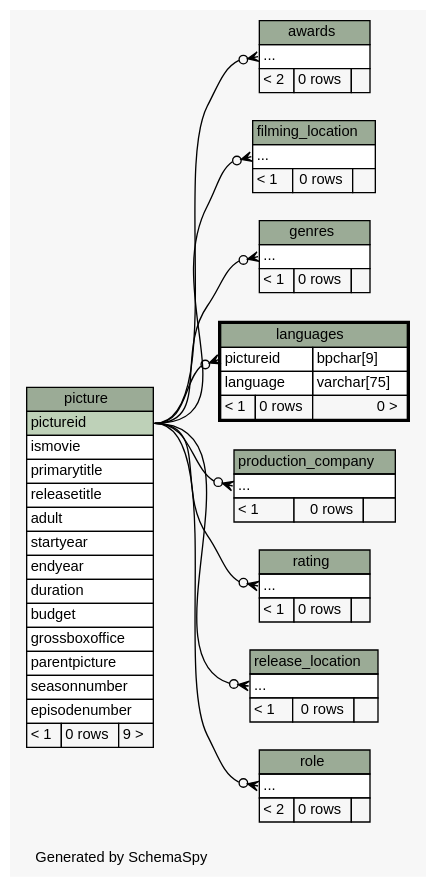
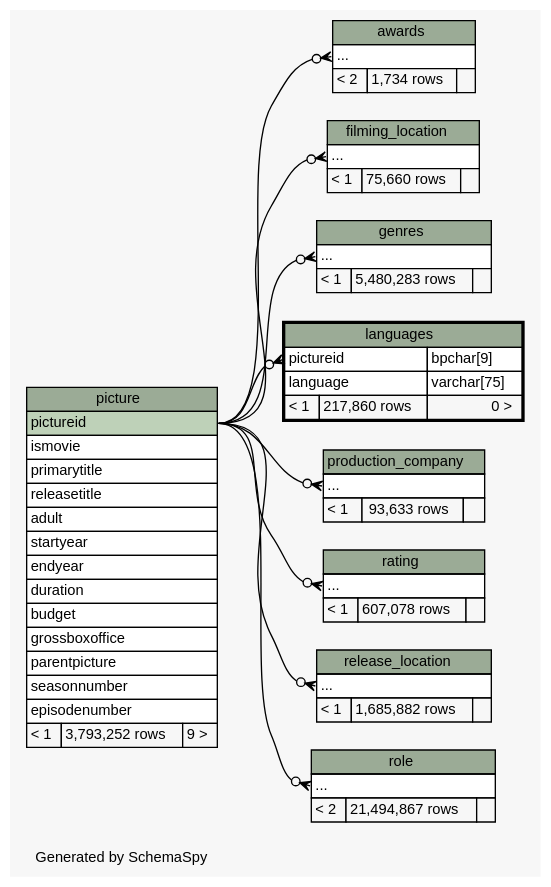
Before and after one commit to sipian/CS3563-DBMS: the diagram in populating-tables/schemaspy/diagrams/languages.2degrees.dot, drawn with Graphviz. The commit also changed 65 other files, not shown here.

```diff
--- a/populating-tables/schemaspy/diagrams/languages.2degrees.dot
+++ b/populating-tables/schemaspy/diagrams/languages.2degrees.dot
@@ -1,133 +1,133 @@
 // dot 2.38.0 on Linux 4.13.0-32-generic
 // SchemaSpy rev 590
 digraph "twoDegreesRelationshipsDiagram" {
   graph [
     rankdir="RL"
     bgcolor="#f7f7f7"
     label="\nGenerated by SchemaSpy"
     labeljust="l"
     nodesep="0.18"
     ranksep="0.46"
     fontname="Helvetica"
     fontsize="11"
   ];
   node [
     fontname="Helvetica"
     fontsize="11"
     shape="plaintext"
   ];
   edge [
     arrowsize="0.8"
   ];
   "awards":"elipses":w -> "picture":"pictureid":e [arrowhead=none dir=back arrowtail=crowodot];
   "filming_location":"elipses":w -> "picture":"pictureid":e [arrowhead=none dir=back arrowtail=crowodot];
   "genres":"elipses":w -> "picture":"pictureid":e [arrowhead=none dir=back arrowtail=crowodot];
   "languages":"pictureid":w -> "picture":"pictureid":e [arrowhead=none dir=back arrowtail=crowodot];
   "production_company":"elipses":w -> "picture":"pictureid":e [arrowhead=none dir=back arrowtail=crowodot];
   "rating":"elipses":w -> "picture":"pictureid":e [arrowhead=none dir=back arrowtail=crowodot];
   "release_location":"elipses":w -> "picture":"pictureid":e [arrowhead=none dir=back arrowtail=crowodot];
   "role":"elipses":w -> "picture":"pictureid":e [arrowhead=none dir=back arrowtail=crowodot];
   "awards" [
     label=<
     <TABLE BORDER="0" CELLBORDER="1" CELLSPACING="0" BGCOLOR="#ffffff">
       <TR><TD COLSPAN="3" BGCOLOR="#9bab96" ALIGN="CENTER">awards</TD></TR>
       <TR><TD PORT="elipses" COLSPAN="3" ALIGN="LEFT">...</TD></TR>
-      <TR><TD ALIGN="LEFT" BGCOLOR="#f7f7f7">&lt; 2</TD><TD ALIGN="RIGHT" BGCOLOR="#f7f7f7">0 rows</TD><TD ALIGN="RIGHT" BGCOLOR="#f7f7f7">  </TD></TR>
+      <TR><TD ALIGN="LEFT" BGCOLOR="#f7f7f7">&lt; 2</TD><TD ALIGN="RIGHT" BGCOLOR="#f7f7f7">1,734 rows</TD><TD ALIGN="RIGHT" BGCOLOR="#f7f7f7">  </TD></TR>
     </TABLE>>
     URL="awards.html"
     tooltip="awards"
   ];
   "filming_location" [
     label=<
     <TABLE BORDER="0" CELLBORDER="1" CELLSPACING="0" BGCOLOR="#ffffff">
       <TR><TD COLSPAN="3" BGCOLOR="#9bab96" ALIGN="CENTER">filming_location</TD></TR>
       <TR><TD PORT="elipses" COLSPAN="3" ALIGN="LEFT">...</TD></TR>
-      <TR><TD ALIGN="LEFT" BGCOLOR="#f7f7f7">&lt; 1</TD><TD ALIGN="RIGHT" BGCOLOR="#f7f7f7">0 rows</TD><TD ALIGN="RIGHT" BGCOLOR="#f7f7f7">  </TD></TR>
+      <TR><TD ALIGN="LEFT" BGCOLOR="#f7f7f7">&lt; 1</TD><TD ALIGN="RIGHT" BGCOLOR="#f7f7f7">75,660 rows</TD><TD ALIGN="RIGHT" BGCOLOR="#f7f7f7">  </TD></TR>
     </TABLE>>
     URL="filming_location.html"
     tooltip="filming_location"
   ];
   "genres" [
     label=<
     <TABLE BORDER="0" CELLBORDER="1" CELLSPACING="0" BGCOLOR="#ffffff">
       <TR><TD COLSPAN="3" BGCOLOR="#9bab96" ALIGN="CENTER">genres</TD></TR>
       <TR><TD PORT="elipses" COLSPAN="3" ALIGN="LEFT">...</TD></TR>
-      <TR><TD ALIGN="LEFT" BGCOLOR="#f7f7f7">&lt; 1</TD><TD ALIGN="RIGHT" BGCOLOR="#f7f7f7">0 rows</TD><TD ALIGN="RIGHT" BGCOLOR="#f7f7f7">  </TD></TR>
+      <TR><TD ALIGN="LEFT" BGCOLOR="#f7f7f7">&lt; 1</TD><TD ALIGN="RIGHT" BGCOLOR="#f7f7f7">5,480,283 rows</TD><TD ALIGN="RIGHT" BGCOLOR="#f7f7f7">  </TD></TR>
     </TABLE>>
     URL="genres.html"
     tooltip="genres"
   ];
   "languages" [
     label=<
     <TABLE BORDER="2" CELLBORDER="1" CELLSPACING="0" BGCOLOR="#ffffff">
       <TR><TD COLSPAN="3" BGCOLOR="#9bab96" ALIGN="CENTER">languages</TD></TR>
       <TR><TD PORT="pictureid" COLSPAN="2" ALIGN="LEFT">pictureid</TD><TD PORT="pictureid.type" ALIGN="LEFT">bpchar[9]</TD></TR>
       <TR><TD PORT="language" COLSPAN="2" ALIGN="LEFT">language</TD><TD PORT="language.type" ALIGN="LEFT">varchar[75]</TD></TR>
-      <TR><TD ALIGN="LEFT" BGCOLOR="#f7f7f7">&lt; 1</TD><TD ALIGN="RIGHT" BGCOLOR="#f7f7f7">0 rows</TD><TD ALIGN="RIGHT" BGCOLOR="#f7f7f7">0 &gt;</TD></TR>
+      <TR><TD ALIGN="LEFT" BGCOLOR="#f7f7f7">&lt; 1</TD><TD ALIGN="RIGHT" BGCOLOR="#f7f7f7">217,860 rows</TD><TD ALIGN="RIGHT" BGCOLOR="#f7f7f7">0 &gt;</TD></TR>
     </TABLE>>
     URL="languages.html"
     tooltip="languages"
   ];
   "picture" [
     label=<
     <TABLE BORDER="0" CELLBORDER="1" CELLSPACING="0" BGCOLOR="#ffffff">
       <TR><TD COLSPAN="3" BGCOLOR="#9bab96" ALIGN="CENTER">picture</TD></TR>
       <TR><TD PORT="pictureid" COLSPAN="3" BGCOLOR="#bed1b8" ALIGN="LEFT">pictureid</TD></TR>
       <TR><TD PORT="ismovie" COLSPAN="3" ALIGN="LEFT">ismovie</TD></TR>
       <TR><TD PORT="primarytitle" COLSPAN="3" ALIGN="LEFT">primarytitle</TD></TR>
       <TR><TD PORT="releasetitle" COLSPAN="3" ALIGN="LEFT">releasetitle</TD></TR>
       <TR><TD PORT="adult" COLSPAN="3" ALIGN="LEFT">adult</TD></TR>
       <TR><TD PORT="startyear" COLSPAN="3" ALIGN="LEFT">startyear</TD></TR>
       <TR><TD PORT="endyear" COLSPAN="3" ALIGN="LEFT">endyear</TD></TR>
       <TR><TD PORT="duration" COLSPAN="3" ALIGN="LEFT">duration</TD></TR>
       <TR><TD PORT="budget" COLSPAN="3" ALIGN="LEFT">budget</TD></TR>
       <TR><TD PORT="grossboxoffice" COLSPAN="3" ALIGN="LEFT">grossboxoffice</TD></TR>
       <TR><TD PORT="parentpicture" COLSPAN="3" ALIGN="LEFT">parentpicture</TD></TR>
       <TR><TD PORT="seasonnumber" COLSPAN="3" ALIGN="LEFT">seasonnumber</TD></TR>
       <TR><TD PORT="episodenumber" COLSPAN="3" ALIGN="LEFT">episodenumber</TD></TR>
-      <TR><TD ALIGN="LEFT" BGCOLOR="#f7f7f7">&lt; 1</TD><TD ALIGN="RIGHT" BGCOLOR="#f7f7f7">0 rows</TD><TD ALIGN="RIGHT" BGCOLOR="#f7f7f7">9 &gt;</TD></TR>
+      <TR><TD ALIGN="LEFT" BGCOLOR="#f7f7f7">&lt; 1</TD><TD ALIGN="RIGHT" BGCOLOR="#f7f7f7">3,793,252 rows</TD><TD ALIGN="RIGHT" BGCOLOR="#f7f7f7">9 &gt;</TD></TR>
     </TABLE>>
     URL="picture.html"
     tooltip="picture"
   ];
   "production_company" [
     label=<
     <TABLE BORDER="0" CELLBORDER="1" CELLSPACING="0" BGCOLOR="#ffffff">
       <TR><TD COLSPAN="3" BGCOLOR="#9bab96" ALIGN="CENTER">production_company</TD></TR>
       <TR><TD PORT="elipses" COLSPAN="3" ALIGN="LEFT">...</TD></TR>
-      <TR><TD ALIGN="LEFT" BGCOLOR="#f7f7f7">&lt; 1</TD><TD ALIGN="RIGHT" BGCOLOR="#f7f7f7">0 rows</TD><TD ALIGN="RIGHT" BGCOLOR="#f7f7f7">  </TD></TR>
+      <TR><TD ALIGN="LEFT" BGCOLOR="#f7f7f7">&lt; 1</TD><TD ALIGN="RIGHT" BGCOLOR="#f7f7f7">93,633 rows</TD><TD ALIGN="RIGHT" BGCOLOR="#f7f7f7">  </TD></TR>
     </TABLE>>
     URL="production_company.html"
     tooltip="production_company"
   ];
   "rating" [
     label=<
     <TABLE BORDER="0" CELLBORDER="1" CELLSPACING="0" BGCOLOR="#ffffff">
       <TR><TD COLSPAN="3" BGCOLOR="#9bab96" ALIGN="CENTER">rating</TD></TR>
       <TR><TD PORT="elipses" COLSPAN="3" ALIGN="LEFT">...</TD></TR>
-      <TR><TD ALIGN="LEFT" BGCOLOR="#f7f7f7">&lt; 1</TD><TD ALIGN="RIGHT" BGCOLOR="#f7f7f7">0 rows</TD><TD ALIGN="RIGHT" BGCOLOR="#f7f7f7">  </TD></TR>
+      <TR><TD ALIGN="LEFT" BGCOLOR="#f7f7f7">&lt; 1</TD><TD ALIGN="RIGHT" BGCOLOR="#f7f7f7">607,078 rows</TD><TD ALIGN="RIGHT" BGCOLOR="#f7f7f7">  </TD></TR>
     </TABLE>>
     URL="rating.html"
     tooltip="rating"
   ];
   "release_location" [
     label=<
     <TABLE BORDER="0" CELLBORDER="1" CELLSPACING="0" BGCOLOR="#ffffff">
       <TR><TD COLSPAN="3" BGCOLOR="#9bab96" ALIGN="CENTER">release_location</TD></TR>
       <TR><TD PORT="elipses" COLSPAN="3" ALIGN="LEFT">...</TD></TR>
-      <TR><TD ALIGN="LEFT" BGCOLOR="#f7f7f7">&lt; 1</TD><TD ALIGN="RIGHT" BGCOLOR="#f7f7f7">0 rows</TD><TD ALIGN="RIGHT" BGCOLOR="#f7f7f7">  </TD></TR>
+      <TR><TD ALIGN="LEFT" BGCOLOR="#f7f7f7">&lt; 1</TD><TD ALIGN="RIGHT" BGCOLOR="#f7f7f7">1,685,882 rows</TD><TD ALIGN="RIGHT" BGCOLOR="#f7f7f7">  </TD></TR>
     </TABLE>>
     URL="release_location.html"
     tooltip="release_location"
   ];
   "role" [
     label=<
     <TABLE BORDER="0" CELLBORDER="1" CELLSPACING="0" BGCOLOR="#ffffff">
       <TR><TD COLSPAN="3" BGCOLOR="#9bab96" ALIGN="CENTER">role</TD></TR>
       <TR><TD PORT="elipses" COLSPAN="3" ALIGN="LEFT">...</TD></TR>
-      <TR><TD ALIGN="LEFT" BGCOLOR="#f7f7f7">&lt; 2</TD><TD ALIGN="RIGHT" BGCOLOR="#f7f7f7">0 rows</TD><TD ALIGN="RIGHT" BGCOLOR="#f7f7f7">  </TD></TR>
+      <TR><TD ALIGN="LEFT" BGCOLOR="#f7f7f7">&lt; 2</TD><TD ALIGN="RIGHT" BGCOLOR="#f7f7f7">21,494,867 rows</TD><TD ALIGN="RIGHT" BGCOLOR="#f7f7f7">  </TD></TR>
     </TABLE>>
     URL="role.html"
     tooltip="role"
   ];
 }
```
